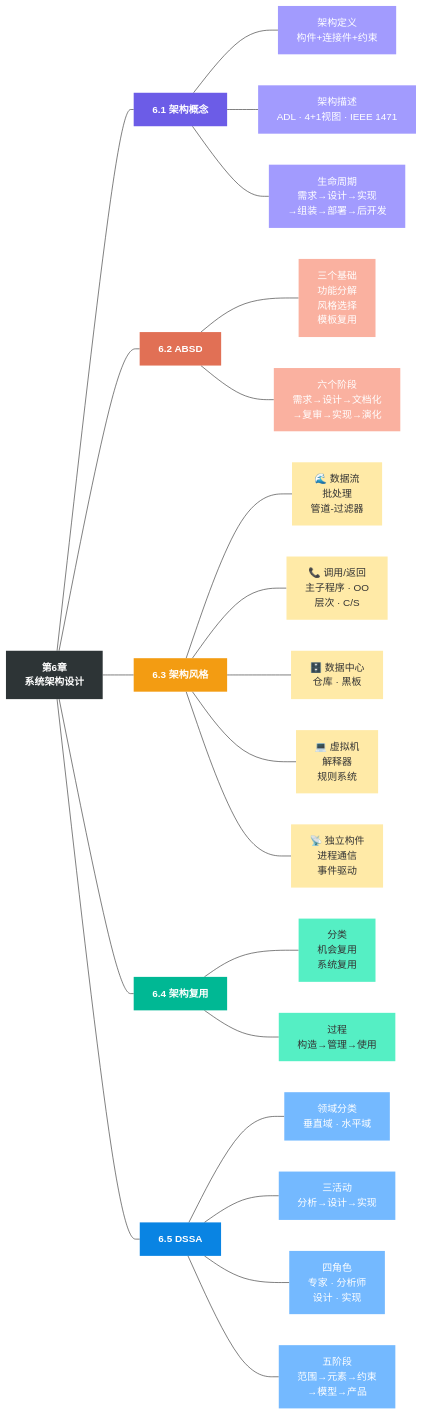
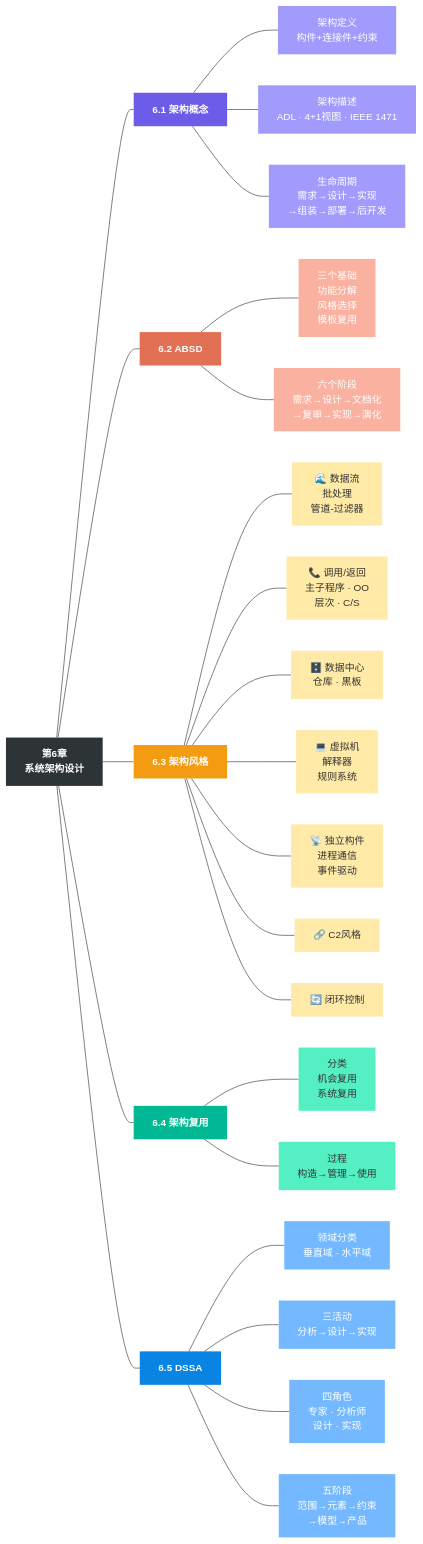
The first of 9 diagrams in 01-综合知识/06-系统架构设计基础知识.md (wanlinruo/system-architect-exam-prep), drawn with Mermaid before and after one commit. The commit also changed other lines of this file, not shown here.

````diff
--- a/01-综合知识/06-系统架构设计基础知识.md
+++ b/01-综合知识/06-系统架构设计基础知识.md
@@ -26,55 +26,59 @@
 ```mermaid
 graph LR
     ROOT["<b>第6章<br>系统架构设计</b>"]
 
     ROOT --- S1["<b>6.1 架构概念</b>"]
     ROOT --- S2["<b>6.2 ABSD</b>"]
     ROOT --- S3["<b>6.3 架构风格</b>"]
     ROOT --- S4["<b>6.4 架构复用</b>"]
     ROOT --- S5["<b>6.5 DSSA</b>"]
 
     S1 --- S1A["架构定义<br>构件+连接件+约束"]
     S1 --- S1B["架构描述<br>ADL · 4+1视图 · IEEE 1471"]
     S1 --- S1C["生命周期<br>需求→设计→实现<br>→组装→部署→后开发"]
 
     S2 --- S2A["三个基础<br>功能分解<br>风格选择<br>模板复用"]
     S2 --- S2B["六个阶段<br>需求→设计→文档化<br>→复审→实现→演化"]
 
     S3 --- S3A["🌊 数据流<br>批处理<br>管道-过滤器"]
     S3 --- S3B["📞 调用/返回<br>主子程序 · OO<br>层次 · C/S"]
     S3 --- S3C["🗄️ 数据中心<br>仓库 · 黑板"]
     S3 --- S3D["💻 虚拟机<br>解释器<br>规则系统"]
     S3 --- S3E["📡 独立构件<br>进程通信<br>事件驱动"]
+    S3 --- S3F["🔗 C2风格"]
+    S3 --- S3G["🔄 闭环控制"]
 
     S4 --- S4A["分类<br>机会复用<br>系统复用"]
     S4 --- S4B["过程<br>构造→管理→使用"]
 
     S5 --- S5A["领域分类<br>垂直域 · 水平域"]
     S5 --- S5B["三活动<br>分析→设计→实现"]
     S5 --- S5C["四角色<br>专家 · 分析师<br>设计 · 实现"]
     S5 --- S5D["五阶段<br>范围→元素→约束<br>→模型→产品"]
 
     style ROOT fill:#2d3436,color:#fff,stroke:none
     style S1 fill:#6c5ce7,color:#fff,stroke:none
     style S2 fill:#e17055,color:#fff,stroke:none
     style S3 fill:#f39c12,color:#fff,stroke:none
     style S4 fill:#00b894,color:#fff,stroke:none
     style S5 fill:#0984e3,color:#fff,stroke:none
 
     style S1A fill:#a29bfe,color:#fff,stroke:none
     style S1B fill:#a29bfe,color:#fff,stroke:none
     style S1C fill:#a29bfe,color:#fff,stroke:none
     style S2A fill:#fab1a0,color:#fff,stroke:none
     style S2B fill:#fab1a0,color:#fff,stroke:none
     style S3A fill:#ffeaa7,color:#333,stroke:none
     style S3B fill:#ffeaa7,color:#333,stroke:none
     style S3C fill:#ffeaa7,color:#333,stroke:none
     style S3D fill:#ffeaa7,color:#333,stroke:none
     style S3E fill:#ffeaa7,color:#333,stroke:none
+    style S3F fill:#ffeaa7,color:#333,stroke:none
+    style S3G fill:#ffeaa7,color:#333,stroke:none
     style S4A fill:#55efc4,color:#333,stroke:none
     style S4B fill:#55efc4,color:#333,stroke:none
     style S5A fill:#74b9ff,color:#fff,stroke:none
     style S5B fill:#74b9ff,color:#fff,stroke:none
     style S5C fill:#74b9ff,color:#fff,stroke:none
     style S5D fill:#74b9ff,color:#fff,stroke:none
 ```
````
